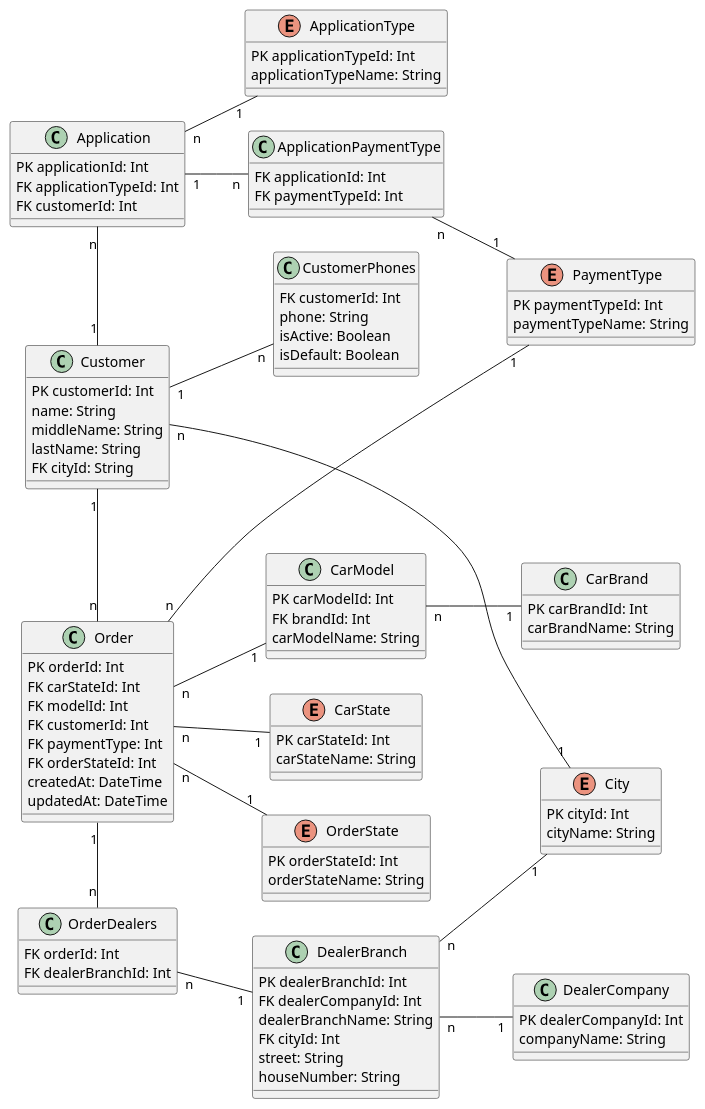
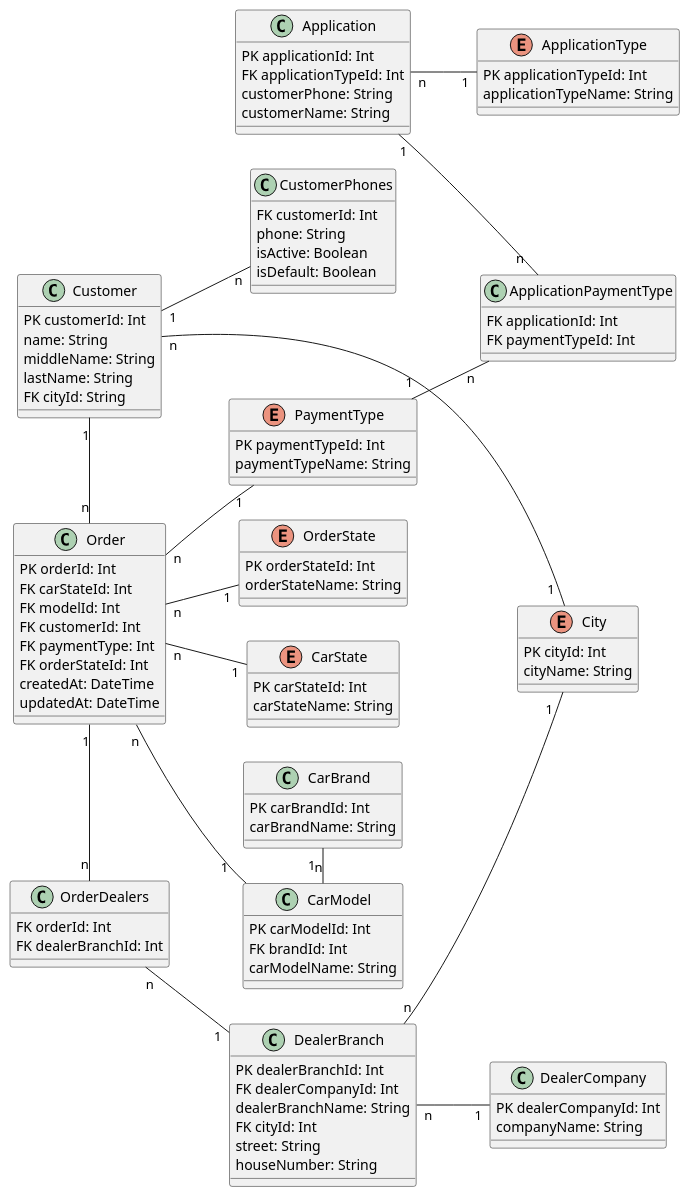
One commit to grizzly-orange/test_tasks changed the diagram in autospot/puml/Autospot_Order_ER_Physical.puml. Above: the diagram before and after it, drawn with PlantUML.

Commit message:
fix Application

```diff
--- a/autospot/puml/Autospot_Order_ER_Physical.puml
+++ b/autospot/puml/Autospot_Order_ER_Physical.puml
@@ -1,114 +1,120 @@
 @startuml Автоспот: физическая модель данных заказа
 
 left to right direction
 
 class Application {
     PK applicationId: Int
     FK applicationTypeId: Int
-    FK customerId: Int
+    customerPhone: String
+    customerName: String
 }
 
 enum ApplicationType {
     PK applicationTypeId: Int
     applicationTypeName: String
 }
 
 enum PaymentType {
     PK paymentTypeId: Int
     paymentTypeName: String
 }
 
 class ApplicationPaymentType {
     FK applicationId: Int
     FK paymentTypeId: Int
 }
 
 class Customer {
     PK customerId: Int
     name: String
     middleName: String
     lastName: String
     FK cityId: String
 }
 
 class CustomerPhones {
     FK customerId: Int
     phone: String
     isActive: Boolean
     isDefault: Boolean
 }
 
 enum City {
     PK cityId: Int
     cityName: String
 }
 
 class Order {
     PK orderId: Int
     FK carStateId: Int
     FK modelId: Int
     FK customerId: Int
     FK paymentType: Int
     FK orderStateId: Int
     createdAt: DateTime
     updatedAt: DateTime
 }
 
 enum OrderState {
     PK orderStateId: Int
     orderStateName: String
 }
 
 enum CarState {
     PK carStateId: Int
     carStateName: String
 }
 
 class CarBrand {
     PK carBrandId: Int
     carBrandName: String
 }
 
 class CarModel {
     PK carModelId: Int
     FK brandId: Int
     carModelName: String
 }
 
 class OrderDealers {
     FK orderId: Int
     FK dealerBranchId: Int
 }
 
 class DealerCompany {
     PK dealerCompanyId: Int
     companyName: String
 }
 
 class DealerBranch {
     PK dealerBranchId: Int
     FK dealerCompanyId: Int
     dealerBranchName: String
     FK cityId: Int
     street: String
     houseNumber: String
 }
 
 Application "n" -- "1" ApplicationType
-Application "1" -- "n" ApplicationPaymentType
-ApplicationPaymentType "n" -- "1" PaymentType
-Application "n" --right-- "1" Customer
+Application "1" -- "n  " ApplicationPaymentType
+ApplicationPaymentType "n" -up- "1    " PaymentType
+Order "n" -- "1" PaymentType
+Order "n" -- "1" CarState
+Order "n" -- "1  " CarModel
+CarModel "n" -left- "1  " CarBrand  
 Customer "1" -- "n" CustomerPhones
-Customer "n" -- "1" City
+Customer "n" -- "1  " City
 Customer "1" -right- "n" Order
-Order "n" -- "1" CarState
-Order "n" -- "1" CarModel
-CarBrand "1" -up- "n" CarModel
 Order "1" -right- "n" OrderDealers
 OrderDealers "n" -- "1" DealerBranch
 DealerBranch "n" -- "1" DealerCompany
-DealerBranch "n" -- "1" City
-Order "n" -- "1" PaymentType
+DealerBranch "n" -- "1  " City
+
 Order "n" -- "1" OrderState
 
+'Application "n" -- "1" ApplicationType
+'Application "1" -- "n" ApplicationPaymentType
+'ApplicationPaymentType "n" -- "1" PaymentType
+
+
 @enduml
```
